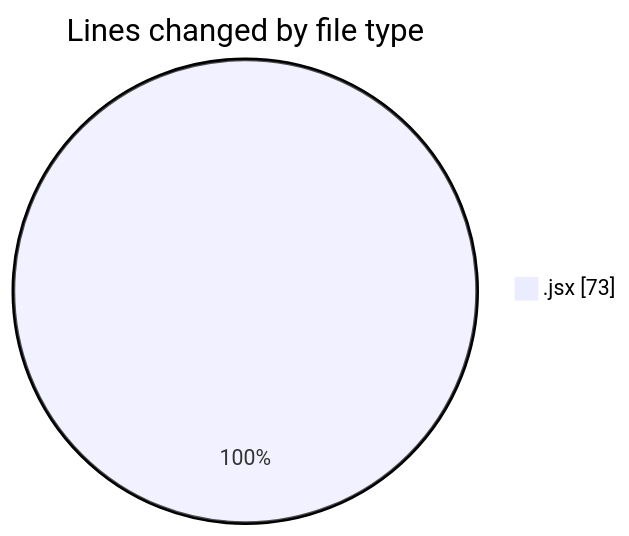
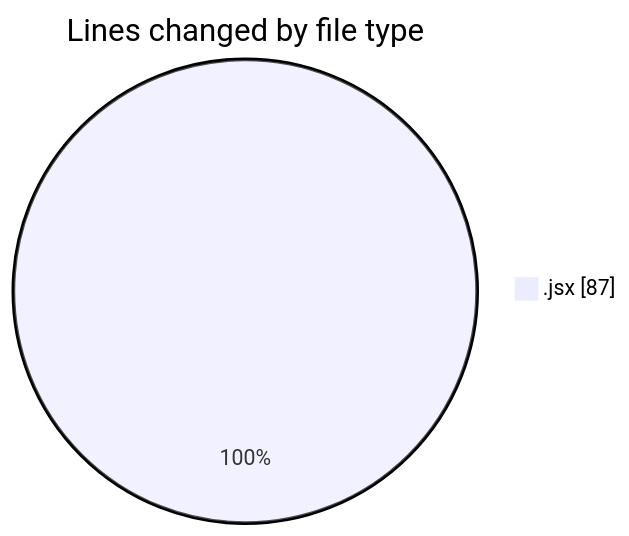
Before and after one commit to nxtqubesakshisongat/code-tracking: the first of 2 diagrams in 2025-06-17/nxtqube_webapp/README.md, drawn with Mermaid. The commit also changed other lines of this file and 1 other file, not shown here.

````diff
--- a/2025-06-17/nxtqube_webapp/README.md
+++ b/2025-06-17/nxtqube_webapp/README.md
@@ -20,5 +20,5 @@
 ```mermaid
 pie showData
 title Lines changed by file type
-".jsx" : 73
+".jsx" : 87
 ```
````
